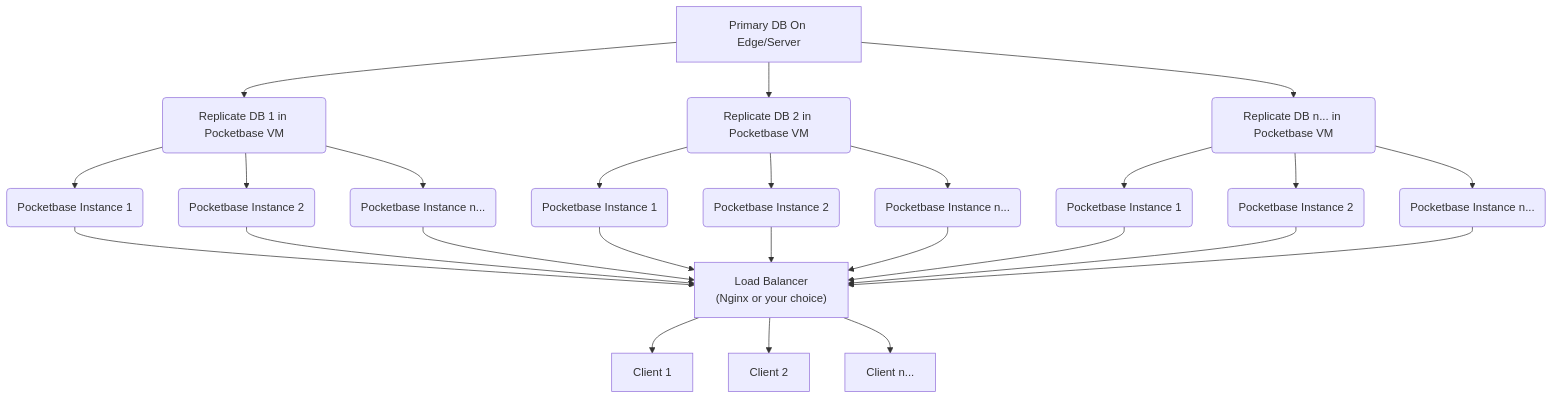
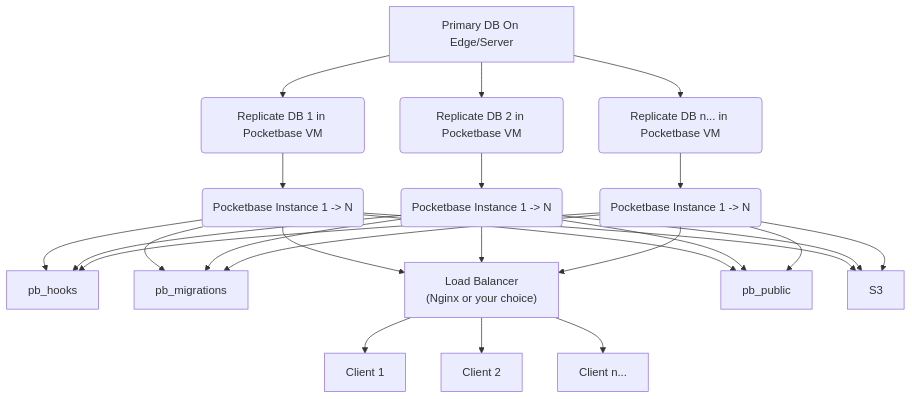
The diagram in README.md (cobeo2004/pocketbase-libsql), drawn with Mermaid before and after one commit. The commit also changed other lines of this file and 9 other files, not shown here.

Commit message:
feat: add shared pb_hooks, pb_migrations, pb_public and pb_storage, fix nginx.conf for better SSE support and update README.md

````diff
--- a/README.md
+++ b/README.md
@@ -11,33 +11,40 @@
 ```mermaid
 flowchart TD
     A["Primary DB On Edge/Server"] --> B("Replicate DB 1 in Pocketbase VM")
     A --> C("Replicate DB 2 in Pocketbase VM")
     A --> D("Replicate DB n... in Pocketbase VM")
 
-    B --> E("Pocketbase Instance 1")
-    B --> F("Pocketbase Instance 2")
-    B --> G("Pocketbase Instance n...")
+    B --> E("Pocketbase Instance 1 -> N")
 
-    C --> H("Pocketbase Instance 1")
-    C --> I("Pocketbase Instance 2")
-    C --> J("Pocketbase Instance n...")
+    C --> H("Pocketbase Instance 1 -> N")
 
-    D --> K("Pocketbase Instance 1")
-    D --> M("Pocketbase Instance 2")
-    D --> N("Pocketbase Instance n...")
+    D --> K("Pocketbase Instance 1 -> N")
 
-    O["Load Balancer<br/>(Nginx or your choice)"]
+    O[pb_hooks]
     E --> O
-    F --> O
-    G --> O
     H --> O
-    I --> O
-    J --> O
     K --> O
-    M --> O
-    N --> O
 
-    O --> P["Client 1"]
-    O --> Q["Client 2"]
-    O --> R["Client n..."]
+    F[pb_migrations]
+    E --> F
+    H --> F
+    K --> F
+
+    S["Load Balancer<br/>(Nginx or your choice)"]
+    E --> S
+    H --> S
+    K --> S
+
+    G[pb_public]
+    E --> G
+    H --> G
+    K --> G
+    T[S3]
+    E --> T
+    H --> T
+    K --> T
+
+    S --> P["Client 1"]
+    S --> Q["Client 2"]
+    S --> R["Client n..."]
 ```
````
